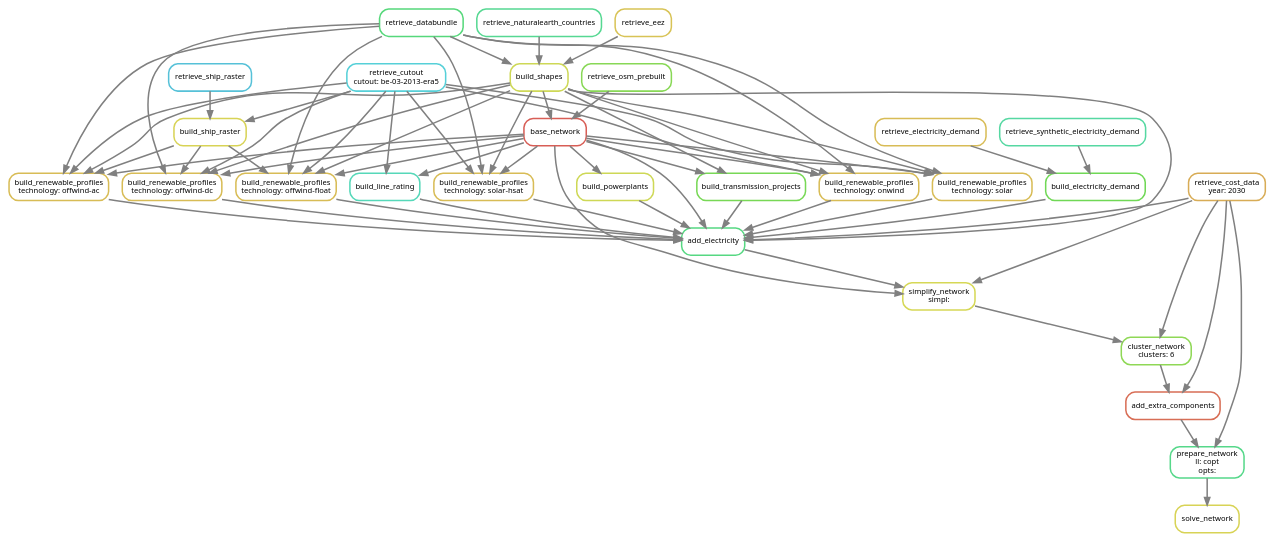
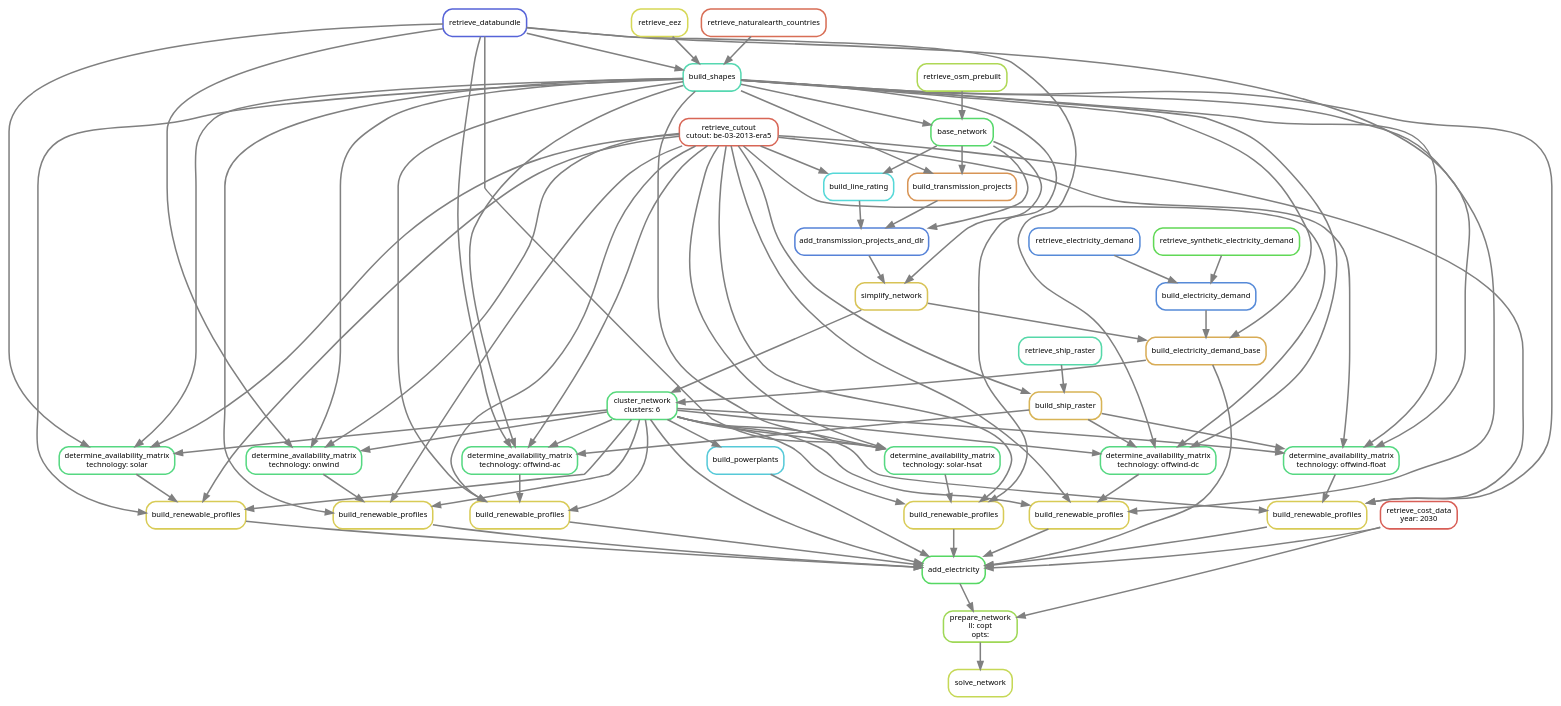
Before and after one commit to AGGM-AG/pypsa-at: the diagram in doc/tutorial.rst, drawn with Graphviz. The commit also changed other lines of this file and 86 other files, not shown here.

First line of the commit message:
Clustering: build renewable profiles and add all assets after clustering (#1201)

```diff
--- a/doc/tutorial.rst
+++ b/doc/tutorial.rst
@@ -132,96 +132,127 @@
         graph[bgcolor=white, margin=0];
         node[shape=box, style=rounded, fontname=sans,                 fontsize=10, penwidth=2];
         edge[penwidth=2, color=grey];
-            0[label = "solve_network", color = "0.16 0.6 0.85", style="rounded"];
-            1[label = "prepare_network\nll: copt\nopts: ", color = "0.40 0.6 0.85", style="rounded"];
-            2[label = "add_extra_components", color = "0.03 0.6 0.85", style="rounded"];
-            3[label = "cluster_network\nclusters: 6", color = "0.26 0.6 0.85", style="rounded"];
-            4[label = "simplify_network\nsimpl: ", color = "0.17 0.6 0.85", style="rounded"];
-            5[label = "add_electricity", color = "0.39 0.6 0.85", style="rounded"];
-            6[label = "build_renewable_profiles\ntechnology: solar", color = "0.13 0.6 0.85", style="rounded"];
-            7[label = "base_network", color = "0.01 0.6 0.85", style="rounded"];
-            8[label = "retrieve_osm_prebuilt", color = "0.27 0.6 0.85", style="rounded"];
-            9[label = "build_shapes", color = "0.18 0.6 0.85", style="rounded"];
-            10[label = "retrieve_naturalearth_countries", color = "0.41 0.6 0.85", style="rounded"];
-            11[label = "retrieve_eez", color = "0.14 0.6 0.85", style="rounded"];
-            12[label = "retrieve_databundle", color = "0.38 0.6 0.85", style="rounded"];
-            13[label = "retrieve_cutout\ncutout: be-03-2013-era5", color = "0.51 0.6 0.85", style="rounded"];
-            14[label = "build_renewable_profiles\ntechnology: solar-hsat", color = "0.13 0.6 0.85", style="rounded"];
-            15[label = "build_renewable_profiles\ntechnology: onwind", color = "0.13 0.6 0.85", style="rounded"];
-            16[label = "build_renewable_profiles\ntechnology: offwind-ac", color = "0.13 0.6 0.85", style="rounded"];
-            17[label = "build_ship_raster", color = "0.16 0.6 0.85", style="rounded"];
-            18[label = "retrieve_ship_raster", color = "0.53 0.6 0.85", style="rounded"];
-            19[label = "build_renewable_profiles\ntechnology: offwind-dc", color = "0.13 0.6 0.85", style="rounded"];
-            20[label = "build_renewable_profiles\ntechnology: offwind-float", color = "0.13 0.6 0.85", style="rounded"];
-            21[label = "build_line_rating", color = "0.46 0.6 0.85", style="rounded"];
-            22[label = "build_transmission_projects", color = "0.29 0.6 0.85", style="rounded"];
-            23[label = "retrieve_cost_data\nyear: 2030", color = "0.11 0.6 0.85", style="rounded"];
-            24[label = "build_powerplants", color = "0.18 0.6 0.85", style="rounded"];
-            25[label = "build_electricity_demand", color = "0.30 0.6 0.85", style="rounded"];
-            26[label = "retrieve_electricity_demand", color = "0.13 0.6 0.85", style="rounded"];
-            27[label = "retrieve_synthetic_electricity_demand", color = "0.43 0.6 0.85", style="rounded"];
+            0[label = "solve_network", color = "0.19 0.6 0.85", style="rounded"];
+            1[label = "prepare_network\nll: copt\nopts: ", color = "0.24 0.6 0.85", style="rounded"];
+            2[label = "add_electricity", color = "0.35 0.6 0.85", style="rounded"];
+            3[label = "build_renewable_profiles", color = "0.15 0.6 0.85", style="rounded"];
+            4[label = "determine_availability_matrix\ntechnology: solar", color = "0.39 0.6 0.85", style="rounded"];
+            5[label = "retrieve_databundle", color = "0.65 0.6 0.85", style="rounded"];
+            6[label = "build_shapes", color = "0.45 0.6 0.85", style="rounded"];
+            7[label = "retrieve_naturalearth_countries", color = "0.03 0.6 0.85", style="rounded"];
+            8[label = "retrieve_eez", color = "0.17 0.6 0.85", style="rounded"];
+            9[label = "cluster_network\nclusters: 6", color = "0.38 0.6 0.85", style="rounded"];
+            10[label = "simplify_network", color = "0.14 0.6 0.85", style="rounded"];
+            11[label = "add_transmission_projects_and_dlr", color = "0.61 0.6 0.85", style="rounded"];
+            12[label = "base_network", color = "0.36 0.6 0.85", style="rounded"];
+            13[label = "retrieve_osm_prebuilt", color = "0.22 0.6 0.85", style="rounded"];
+            14[label = "build_line_rating", color = "0.50 0.6 0.85", style="rounded"];
+            15[label = "retrieve_cutout\ncutout: be-03-2013-era5", color = "0.02 0.6 0.85", style="rounded"];
+            16[label = "build_transmission_projects", color = "0.08 0.6 0.85", style="rounded"];
+            17[label = "build_electricity_demand_base", color = "0.11 0.6 0.85", style="rounded"];
+            18[label = "build_electricity_demand", color = "0.60 0.6 0.85", style="rounded"];
+            19[label = "retrieve_electricity_demand", color = "0.60 0.6 0.85", style="rounded"];
+            20[label = "retrieve_synthetic_electricity_demand", color = "0.32 0.6 0.85", style="rounded"];
+            21[label = "build_renewable_profiles", color = "0.15 0.6 0.85", style="rounded"];
+            22[label = "determine_availability_matrix\ntechnology: solar-hsat", color = "0.39 0.6 0.85", style="rounded"];
+            23[label = "build_renewable_profiles", color = "0.15 0.6 0.85", style="rounded"];
+            24[label = "determine_availability_matrix\ntechnology: onwind", color = "0.39 0.6 0.85", style="rounded"];
+            25[label = "build_renewable_profiles", color = "0.15 0.6 0.85", style="rounded"];
+            26[label = "determine_availability_matrix\ntechnology: offwind-ac", color = "0.39 0.6 0.85", style="rounded"];
+            27[label = "build_ship_raster", color = "0.12 0.6 0.85", style="rounded"];
+            28[label = "retrieve_ship_raster", color = "0.44 0.6 0.85", style="rounded"];
+            29[label = "build_renewable_profiles", color = "0.15 0.6 0.85", style="rounded"];
+            30[label = "determine_availability_matrix\ntechnology: offwind-dc", color = "0.39 0.6 0.85", style="rounded"];
+            31[label = "build_renewable_profiles", color = "0.15 0.6 0.85", style="rounded"];
+            32[label = "determine_availability_matrix\ntechnology: offwind-float", color = "0.39 0.6 0.85", style="rounded"];
+            33[label = "retrieve_cost_data\nyear: 2030", color = "0.01 0.6 0.85", style="rounded"];
+            34[label = "build_powerplants", color = "0.52 0.6 0.85", style="rounded"];
             1 -> 0
             2 -> 1
-            23 -> 1
+            33 -> 1
             3 -> 2
+            21 -> 2
             23 -> 2
+            25 -> 2
+            29 -> 2
+            31 -> 2
+            9 -> 2
+            33 -> 2
+            34 -> 2
+            17 -> 2
             4 -> 3
-            23 -> 3
+            6 -> 3
+            9 -> 3
+            15 -> 3
             5 -> 4
-            23 -> 4
-            7 -> 4
-            6 -> 5
-            14 -> 5
-            15 -> 5
-            16 -> 5
-            19 -> 5
-            20 -> 5
-            7 -> 5
-            21 -> 5
-            22 -> 5
-            23 -> 5
-            24 -> 5
-            25 -> 5
-            9 -> 5
+            6 -> 4
+            9 -> 4
+            15 -> 4
             7 -> 6
-            12 -> 6
-            9 -> 6
-            13 -> 6
-            8 -> 7
-            9 -> 7
+            8 -> 6
+            5 -> 6
             10 -> 9
-            11 -> 9
-            12 -> 9
-            7 -> 14
+            17 -> 9
+            11 -> 10
+            12 -> 10
+            12 -> 11
+            14 -> 11
+            16 -> 11
+            13 -> 12
+            6 -> 12
             12 -> 14
-            9 -> 14
-            13 -> 14
-            7 -> 15
-            12 -> 15
-            9 -> 15
-            13 -> 15
-            7 -> 16
+            15 -> 14
             12 -> 16
-            17 -> 16
-            9 -> 16
-            13 -> 16
+            6 -> 16
+            10 -> 17
+            6 -> 17
             18 -> 17
-            13 -> 17
-            7 -> 19
-            12 -> 19
-            17 -> 19
-            9 -> 19
-            13 -> 19
-            7 -> 20
-            12 -> 20
-            17 -> 20
-            9 -> 20
-            13 -> 20
-            7 -> 21
-            13 -> 21
-            7 -> 22
+            19 -> 18
+            20 -> 18
+            22 -> 21
+            6 -> 21
+            9 -> 21
+            15 -> 21
+            5 -> 22
+            6 -> 22
             9 -> 22
-            7 -> 24
+            15 -> 22
+            24 -> 23
+            6 -> 23
+            9 -> 23
+            15 -> 23
+            5 -> 24
+            6 -> 24
+            9 -> 24
+            15 -> 24
             26 -> 25
-            27 -> 25
+            6 -> 25
+            9 -> 25
+            15 -> 25
+            5 -> 26
+            27 -> 26
+            6 -> 26
+            9 -> 26
+            15 -> 26
+            28 -> 27
+            15 -> 27
+            30 -> 29
+            6 -> 29
+            9 -> 29
+            15 -> 29
+            5 -> 30
+            27 -> 30
+            6 -> 30
+            9 -> 30
+            15 -> 30
+            32 -> 31
+            6 -> 31
+            9 -> 31
+            15 -> 31
+            5 -> 32
+            27 -> 32
+            6 -> 32
+            9 -> 32
+            15 -> 32
+            9 -> 34
     }
```
